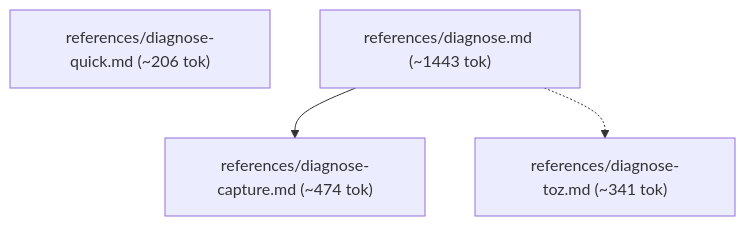
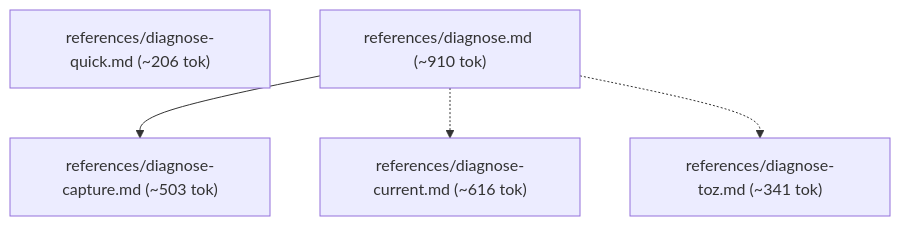
The third of 7 diagrams in skills/varde-learn/FLOW.md (alecegg/varde), drawn with Mermaid before and after one commit. The commit also changed other lines of this file and 269 other files, not shown here.

````diff
--- a/skills/varde-learn/FLOW.md
+++ b/skills/varde-learn/FLOW.md
@@ -45,9 +46,11 @@
 ```mermaid
 flowchart TD
-  n0["references/diagnose-capture.md (~474 tok)"]
-  n1["references/diagnose-quick.md (~206 tok)"]
-  n2["references/diagnose-toz.md (~341 tok)"]
-  n3["references/diagnose.md (~1443 tok)"]
-  n3 --> n0
-  n3 -.-> n2
+  n0["references/diagnose-capture.md (~503 tok)"]
+  n1["references/diagnose-current.md (~616 tok)"]
+  n2["references/diagnose-quick.md (~206 tok)"]
+  n3["references/diagnose-toz.md (~341 tok)"]
+  n4["references/diagnose.md (~910 tok)"]
+  n4 --> n0
+  n4 -.-> n1
+  n4 -.-> n3
 ```
````
